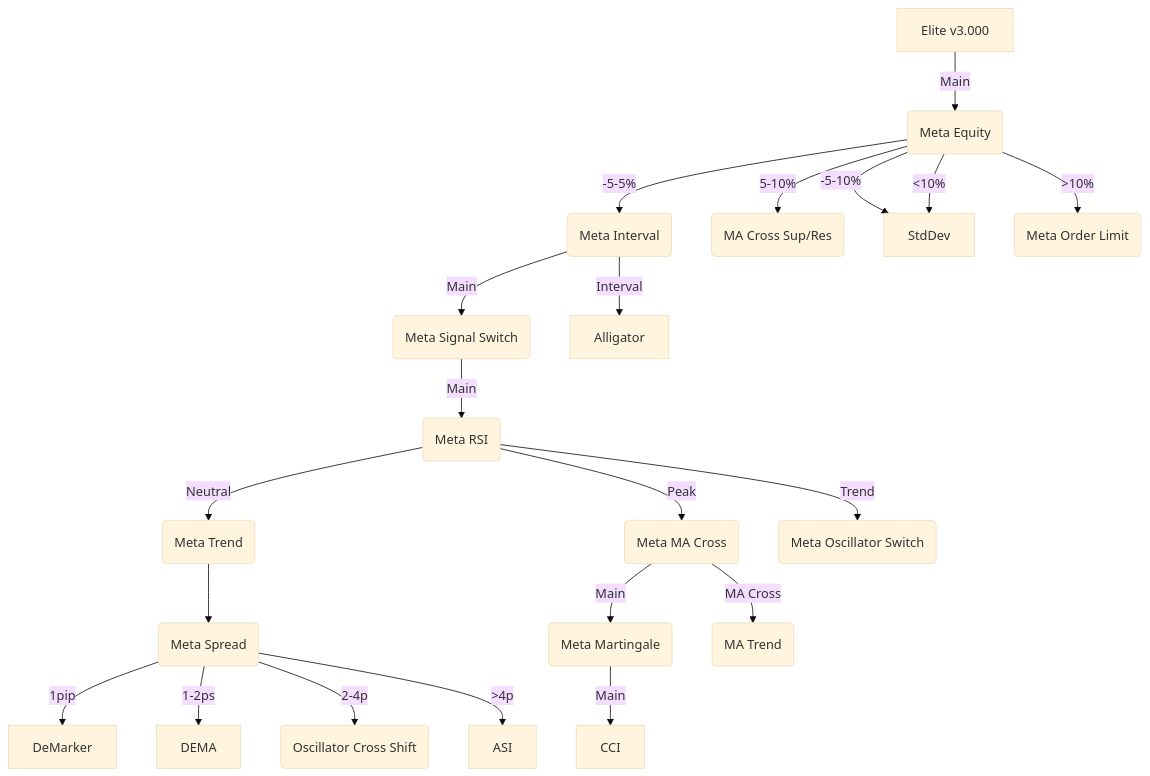
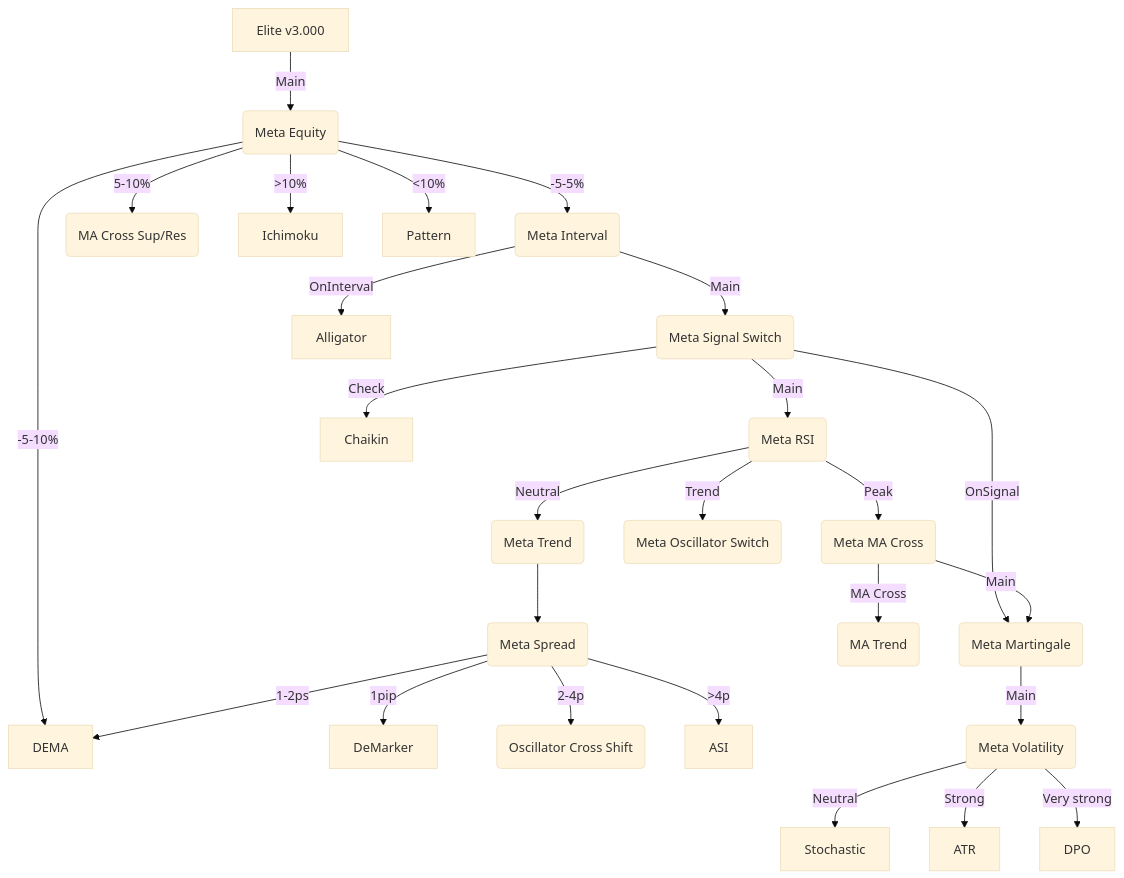
The second of 2 diagrams in src/include/common/elite/README.md (EA31337/EA31337), drawn with Mermaid (base theme) before and after one commit.

Commit message:
Elite: Updates diagram with recommended params

````diff
--- a/src/include/common/elite/README.md
+++ b/src/include/common/elite/README.md
@@ -16,60 +16,66 @@
 ```mermaid
 graph TD
     EA[Elite v3.000] -->|Main| MEquity(Meta Equity)
 
     MEquity --> |-5-5%| MI(Meta Interval)
     MEquity --> |5-10%| MACSP(MA Cross Sup/Res)
-    MEquity --> |-5-10%| StdDev
-    MEquity --> |>10%| MOL(Meta Order Limit)
-    MEquity --> |<10%| StdDev
+    MEquity --> |-5-10%| DEMA
+    MEquity --> |>10%| Ichimoku
+    MEquity --> |<10%| Pattern
 
         MI --> |Main| MSS(Meta Signal Switch)
-        MI --> |Interval| Alligator
+        MI --> |OnInterval| Alligator
 
             MSS -->|Main| MRSI(Meta RSI)
+            MSS --> |Check| Chaikin
+            MSS --> |OnSignal| MMG(Meta Martingale)
 
                 MRSI --> |Neutral| MT(Meta Trend)
                 MRSI --> |Peak| MMC(Meta MA Cross)
                 MRSI --> |Trend| MOS(Meta Oscillator Switch)
 
                     MT --> MSpread(Meta Spread)
 
                         MSpread --> |1pip| DeMarker
                         MSpread --> |1-2ps| DEMA
                         MSpread --> |2-4p| OCS(Oscillator Cross Shift)
                         MSpread --> |>4p| ASI
 
                 MMC --> |Main| MMG(Meta Martingale)
                 MMC --> |MA Cross| MAT(MA Trend)
 
-                    MMG --> |Main| CCI
+                    MMG --> |Main| MV(Meta Volatility)
+
+                        MV --> |Neutral| Stochastic
+                        MV --> |Strong| ATR
+                        MV --> |Very strong| DPO
+
+
+    %% MDouble --> |1st| MEquity(Meta Equity)
+    %% MDouble --> |2nd| MSS(Meta Signal Switch)
 
     %% MM(Meta Margin) --> |>80%| MD(Meta Double)
     %% MM --> |50-80%| MOL(Meta Order Limit)
     %% MM --> |20-50%| AMA
     %% MM --> |<20%| NA1(n/a)
 
     %%     MD --> |Strat1| MP(Meta Pivot)
     %%     MD --> |Strat2| MMC(Meta MA Cross)
 
     %%     MOL --> |Strat| MAB(MA Breakout)
-
-    %%     MV --> |Neutral| MP(Meta Pivot)
-    %%     MV --> |Strong| MAT(MA Trend)
-    %%     MV --> |Very strong| StdDev
 
     %%         MP --> |S1/R1| MCS(MA Cross Shift)
     %%         MP --> |S2/R2| MACD
     %%         MP --> |S3/R3| MC(Meta Conditions)
     %%         MP --> |S4/R4| MAT(MA Trend)
 
     %%             MRev(Meta Reverse) --> |S1| MC(Meta Conditions)
 
     %%                 MC --> |C1-AtPeak| Gator
     %%                 MC --> |C2-InPivot| Awesome
     %%                 %%% MC --> |C3| NA2(n/a)
 
     %% MOS --> |Type| ATR
     %% MOS --> |Down| MMC(Meta MA Cross)
     %% MOS --> |Up| MMG(Meta Martingale)
 ```
````
